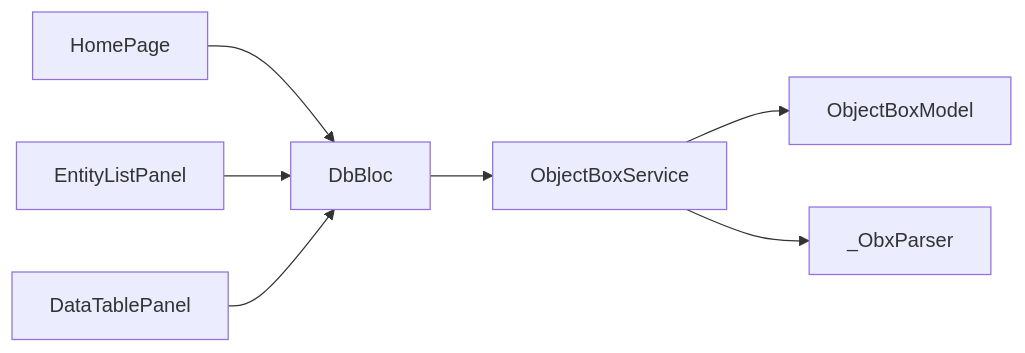
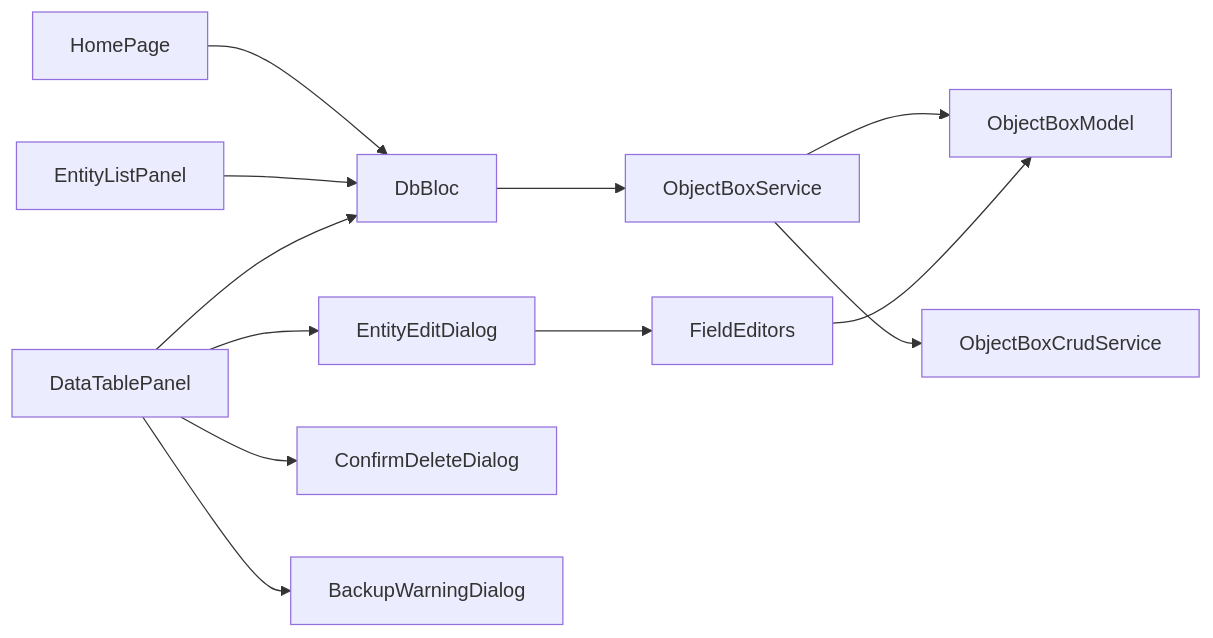
Before and after one commit to kongpf8848/objectbox_viewer: the tenth of 10 diagrams in .qoder/repowiki/zh/content/核心功能/实体管理.md, drawn with Mermaid. The commit also changed other lines of this file and 19 other files, not shown here.

````diff
--- a/.qoder/repowiki/zh/content/核心功能/实体管理.md
+++ b/.qoder/repowiki/zh/content/核心功能/实体管理.md
@@ -360,9 +540,14 @@
 ```mermaid
 graph LR
 HomePage --> DbBloc
 EntityListPanel --> DbBloc
 DataTablePanel --> DbBloc
 DbBloc --> ObjectBoxService
 ObjectBoxService --> ObjectBoxModel
-ObjectBoxService --> _ObxParser
+ObjectBoxService --> ObjectBoxCrudService
+DataTablePanel --> EntityEditDialog
+DataTablePanel --> ConfirmDeleteDialog
+DataTablePanel --> BackupWarningDialog
+EntityEditDialog --> FieldEditors
+FieldEditors --> ObjectBoxModel
 ```
````
